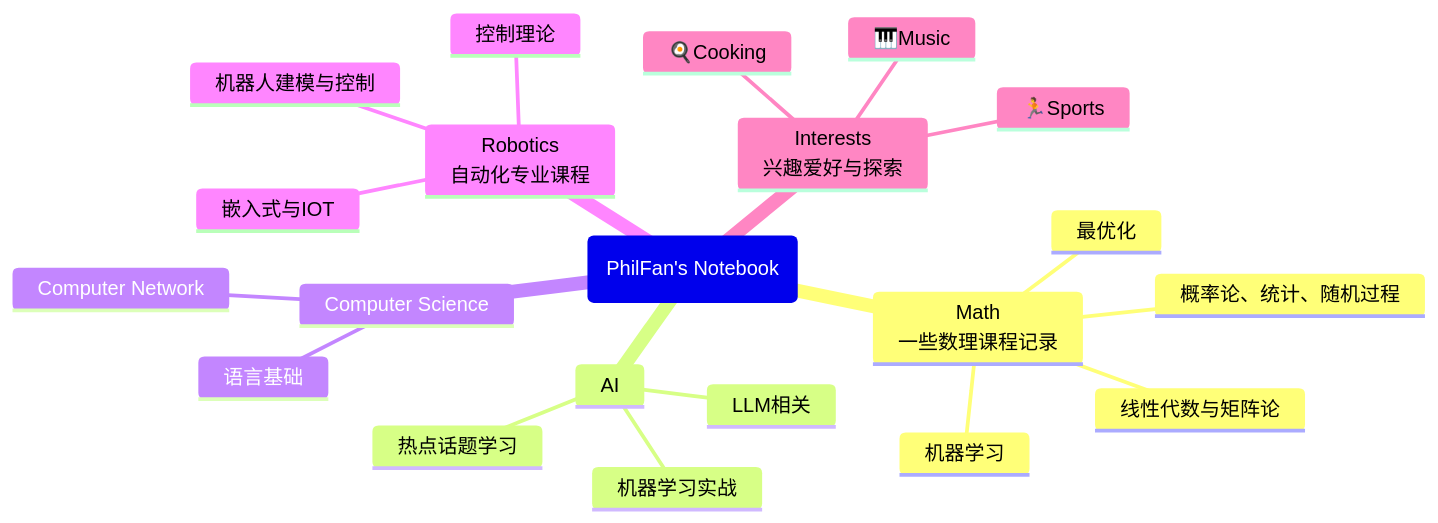
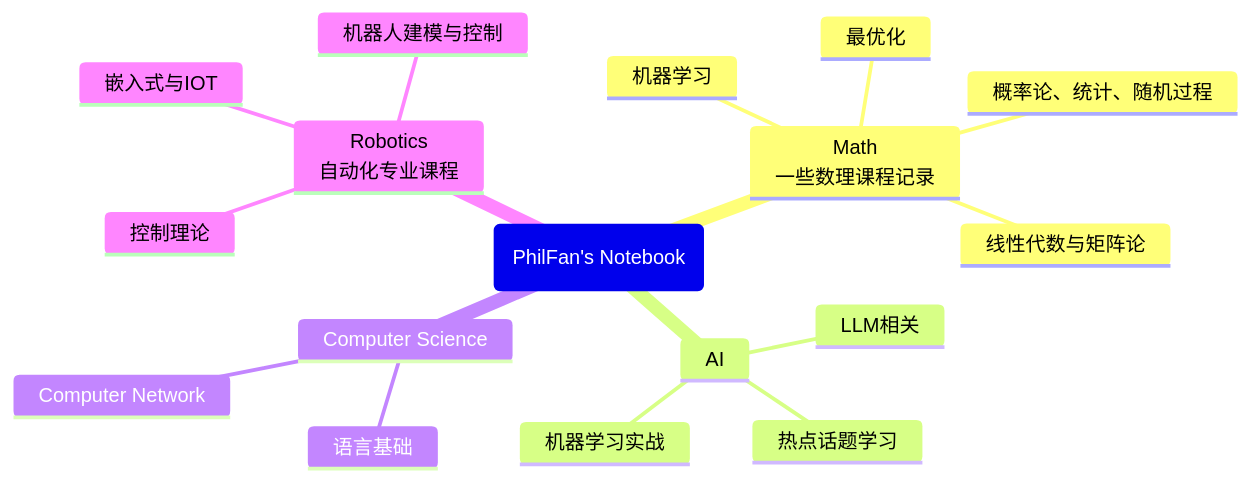
The diagram in docs/board.md (Phil-Fan/Notebook), drawn with Mermaid before and after one commit. The commit also changed 108 other files, not shown here.

````diff
--- a/docs/board.md
+++ b/docs/board.md
@@ -12,24 +12,20 @@
 ```mermaid
 mindmap
     root(PhilFan's Notebook)
         Math<br/> 一些数理课程记录
             线性代数与矩阵论
             概率论、统计、随机过程
             最优化
             机器学习
         AI<br/> 
             热点话题学习
             LLM相关
             机器学习实战
         Computer Science<br/>
             语言基础
             Computer Network
         Robotics<br/>自动化专业课程
             控制理论
             嵌入式与IOT
             机器人建模与控制
-        Interests<br/> 兴趣爱好与探索
-            🎹Music
-            🍳Cooking
-            🏃Sports
 ```
````
